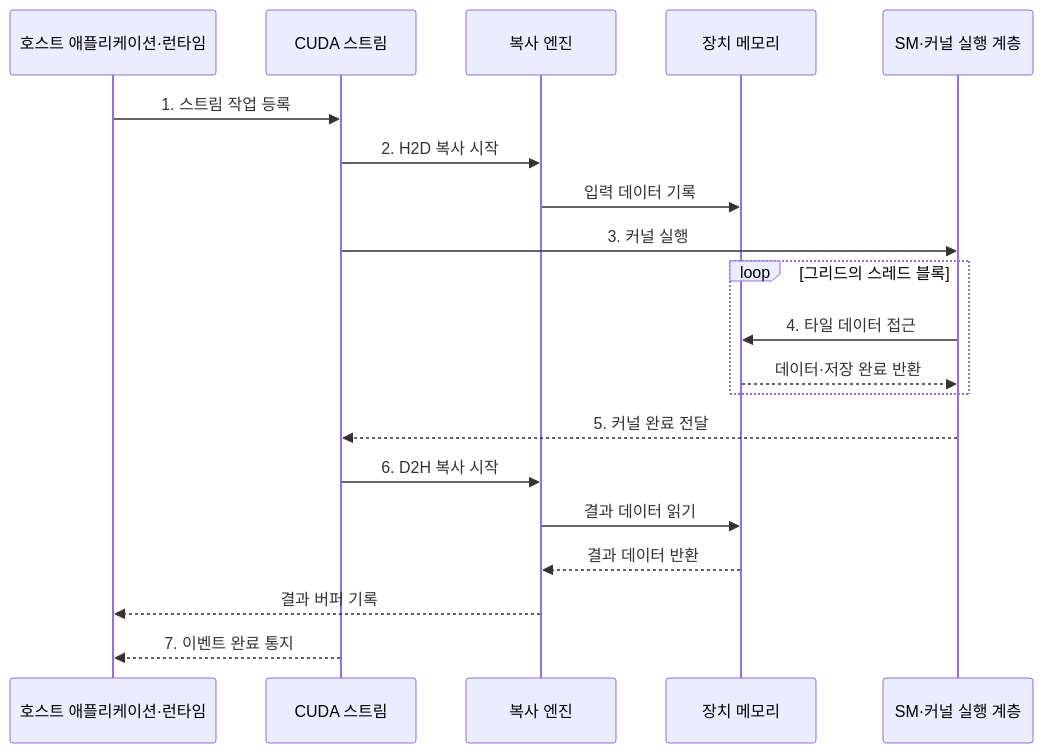
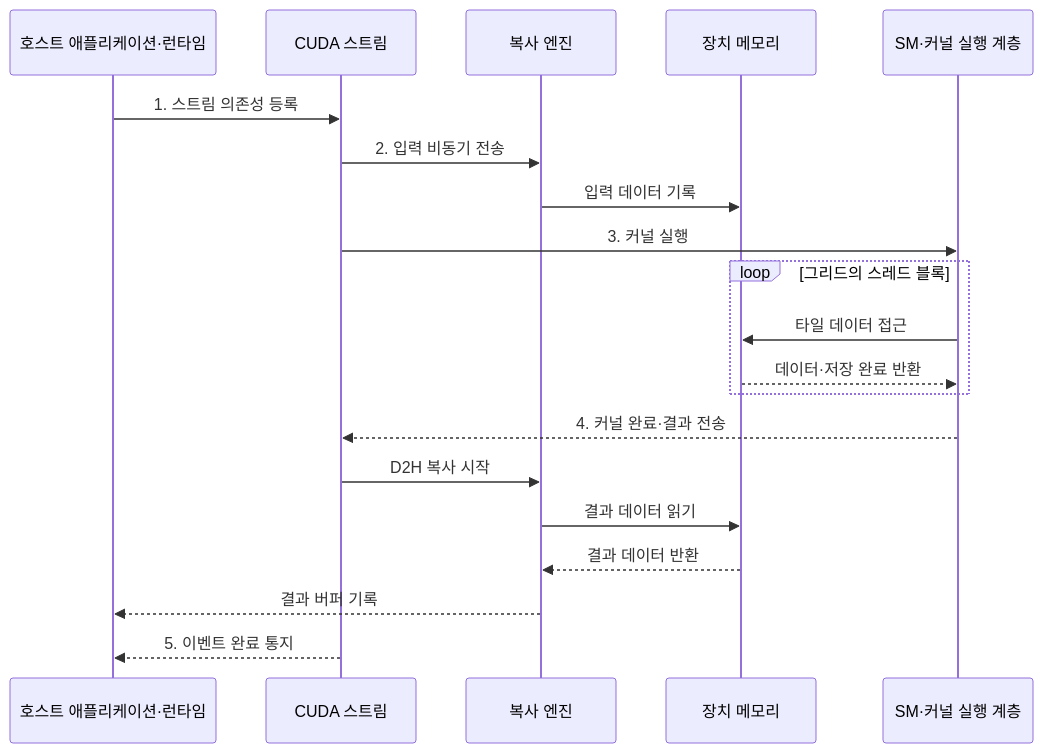
The second of 2 diagrams in src/content/docs/notes/02-hardware/042_cuda_parallel_computing.md (agnusdei1207/knowledge-base), drawn with Mermaid before and after one commit. The commit also changed other lines of this file and 86 other files, not shown here.

````diff
--- a/src/content/docs/notes/02-hardware/042_cuda_parallel_computing.md
+++ b/src/content/docs/notes/02-hardware/042_cuda_parallel_computing.md
@@ -88,23 +88,23 @@
 ```mermaid
 sequenceDiagram
     participant H as 호스트 애플리케이션·런타임
     participant S as CUDA 스트림
     participant C as 복사 엔진
     participant M as 장치 메모리
     participant K as SM·커널 실행 계층
 
-    H->>S: 1. 스트림 작업 등록
-    S->>C: 2. H2D 복사 시작
+    H->>S: 1. 스트림 의존성 등록
+    S->>C: 2. 입력 비동기 전송
     C->>M: 입력 데이터 기록
     S->>K: 3. 커널 실행
     loop 그리드의 스레드 블록
-        K->>M: 4. 타일 데이터 접근
+        K->>M: 타일 데이터 접근
         M-->>K: 데이터·저장 완료 반환
     end
-    K-->>S: 5. 커널 완료 전달
-    S->>C: 6. D2H 복사 시작
+    K-->>S: 4. 커널 완료·결과 전송
+    S->>C: D2H 복사 시작
     C->>M: 결과 데이터 읽기
     M-->>C: 결과 데이터 반환
     C-->>H: 결과 버퍼 기록
-    S-->>H: 7. 이벤트 완료 통지
+    S-->>H: 5. 이벤트 완료 통지
 ```
````
